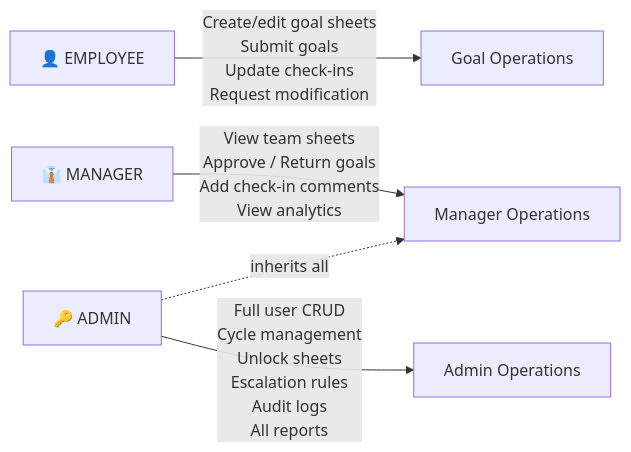
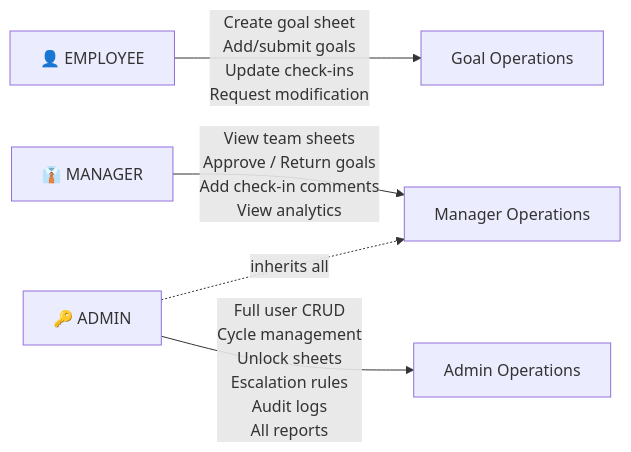
Before and after one commit to Samarth-254/AtomQuest-Backend: the third of 6 diagrams in README.md, drawn with Mermaid. The commit also changed other lines of this file, not shown here.

Commit message:
docs: fix goal lifecycle — remove DRAFT, add MOD_REQUESTED, correct API descriptions

````diff
--- a/README.md
+++ b/README.md
@@ -593,11 +596,11 @@
 ```mermaid
 flowchart LR
     EMPLOYEE["👤 EMPLOYEE"]
     MANAGER["👔 MANAGER"]
     ADMIN["🔑 ADMIN"]
 
-    EMPLOYEE -->|"Create/edit goal sheets\nSubmit goals\nUpdate check-ins\nRequest modification"| GOAL_OPS["Goal Operations"]
+    EMPLOYEE -->|"Create goal sheet\nAdd/submit goals\nUpdate check-ins\nRequest modification"| GOAL_OPS["Goal Operations"]
     MANAGER -->|"View team sheets\nApprove / Return goals\nAdd check-in comments\nView analytics"| MANAGER_OPS["Manager Operations"]
     ADMIN -->|"Full user CRUD\nCycle management\nUnlock sheets\nEscalation rules\nAudit logs\nAll reports"| ADMIN_OPS["Admin Operations"]
     ADMIN -.->|"inherits all"| MANAGER_OPS
 ```
````
